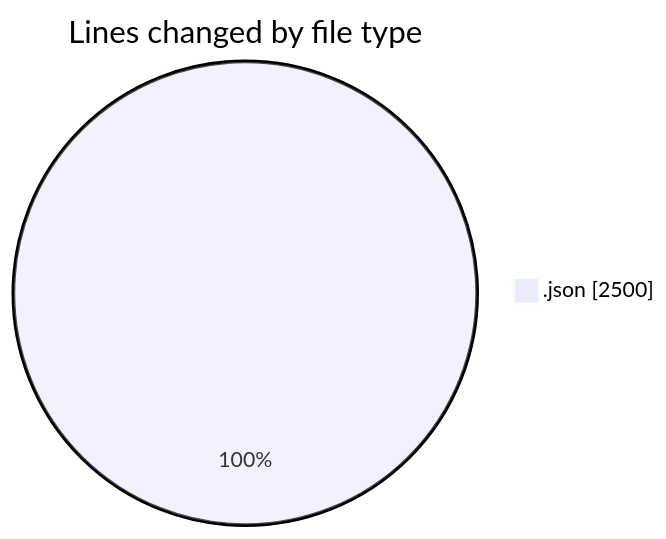
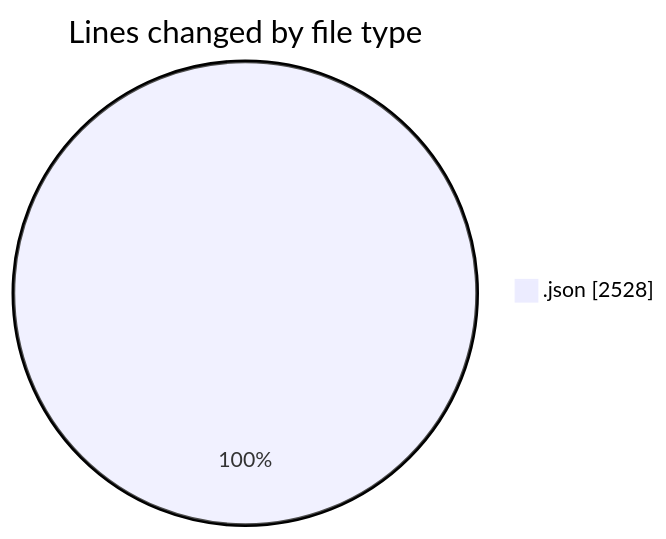
The first of 2 diagrams in 2025-07-28/_claude/README.md (EIIisD/code-tracking), drawn with Mermaid before and after one commit. The commit also changed other lines of this file and 1 other file, not shown here.

````diff
--- a/2025-07-28/_claude/README.md
+++ b/2025-07-28/_claude/README.md
@@ -20,5 +20,5 @@
 ```mermaid
 pie showData
 title Lines changed by file type
-".json" : 2500
+".json" : 2528
 ```
````
